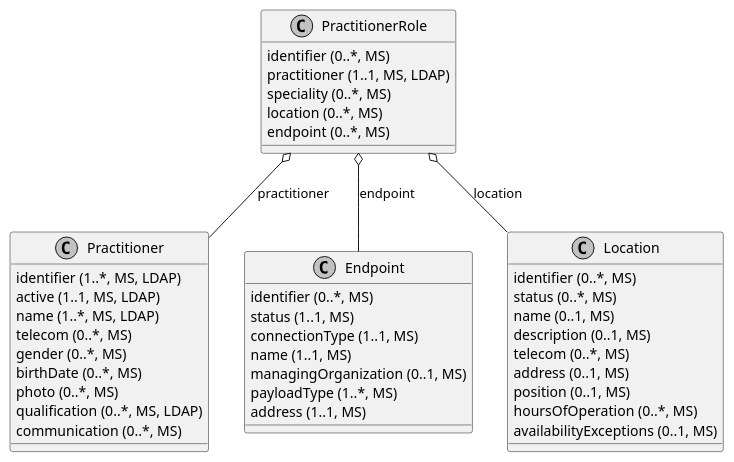
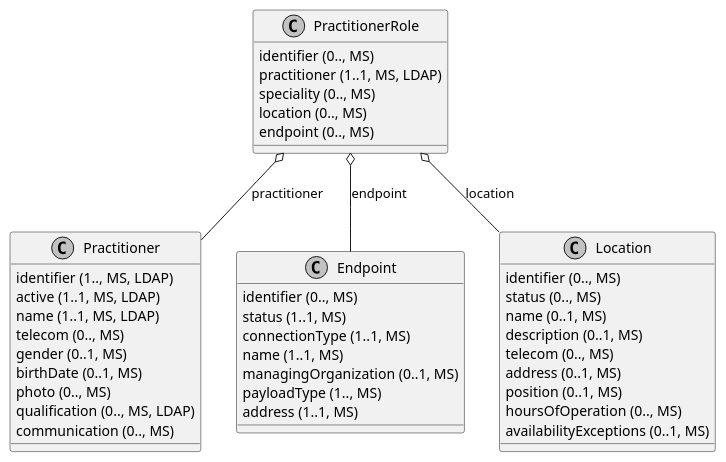
Before and after one commit to gematik/api-vzd: the diagram in src/plantuml/ClassDiagram.PractitionerRole.puml, drawn with PlantUML. The commit also changed 3 other files, not shown here.

```diff
--- a/src/plantuml/ClassDiagram.PractitionerRole.puml
+++ b/src/plantuml/ClassDiagram.PractitionerRole.puml
@@ -1,45 +1,45 @@
 @startuml ClassDiagram.PractitionerRole
 skinparam monochrome true
 class PractitionerRole {
-  {field} identifier (0..*, MS)
+  {field} identifier (0.., MS)
   {field} practitioner (1..1, MS, LDAP)
-  {field} speciality (0..*, MS)
-  {field} location (0..*, MS)
-  {field} endpoint (0..*, MS)
+  {field} speciality (0.., MS)
+  {field} location (0.., MS)
+  {field} endpoint (0.., MS)
 }
 class Practitioner {
-  {field} identifier (1..*, MS, LDAP)
+  {field} identifier (1.., MS, LDAP)
   {field} active (1..1, MS, LDAP)
-  {field} name (1..*, MS, LDAP)
-  {field} telecom (0..*, MS)
-  {field} gender (0..*, MS)
-  {field} birthDate (0..*, MS)
-  {field} photo (0..*, MS)
-  {field} qualification (0..*, MS, LDAP)
-  {field} communication (0..*, MS)
+  {field} name (1..1, MS, LDAP)
+  {field} telecom (0.., MS)
+  {field} gender (0..1, MS)
+  {field} birthDate (0..1, MS)
+  {field} photo (0.., MS)
+  {field} qualification (0.., MS, LDAP)
+  {field} communication (0.., MS)
 }
 class Endpoint {
-  {field} identifier (0..*, MS)
+  {field} identifier (0.., MS)
   {field} status (1..1, MS)
   {field} connectionType (1..1, MS)
   {field} name (1..1, MS)
   {field} managingOrganization (0..1, MS)
-  {field} payloadType (1..*, MS)
+  {field} payloadType (1.., MS)
   {field} address (1..1, MS)
 }
 class Location {
-  {field} identifier (0..*, MS)
-  {field} status (0..*, MS)
+  {field} identifier (0.., MS)
+  {field} status (0.., MS)
   {field} name (0..1, MS)
   {field} description (0..1, MS)
-  {field} telecom (0..*, MS)
+  {field} telecom (0.., MS)
   {field} address (0..1, MS)
   {field} position (0..1, MS)
-  {field} hoursOfOperation (0..*, MS)
+  {field} hoursOfOperation (0.., MS)
   {field} availabilityExceptions (0..1, MS)
 }
 
 PractitionerRole o-- Practitioner: practitioner
 PractitionerRole o-- Endpoint: endpoint
 PractitionerRole o-- Location: location
 @enduml
```
